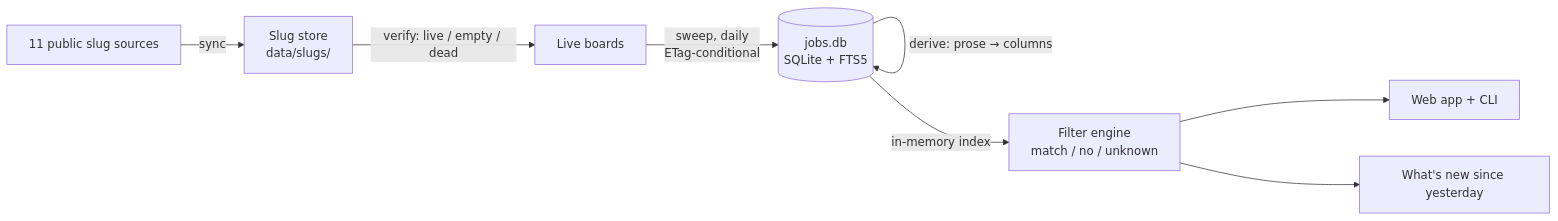
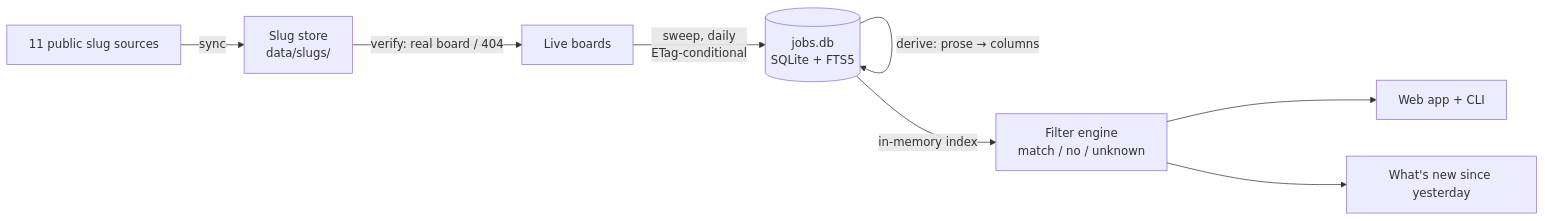
The diagram in README.md (ElliotGbaum/upstreamit), drawn with Mermaid before and after one commit. The commit also changed other lines of this file and 9 other files, not shown here.

````diff
--- a/README.md
+++ b/README.md
@@ -45,10 +45,10 @@
 ```mermaid
 flowchart LR
   A[11 public slug sources] -->|sync| B[Slug store<br/>data/slugs/]
-  B -->|verify: live / empty / dead| C[Live boards]
+  B -->|verify: real board / 404| C[Live boards]
   C -->|sweep, daily<br/>ETag-conditional| D[(jobs.db<br/>SQLite + FTS5)]
   D -->|derive: prose → columns| D
   D -->|in-memory index| E[Filter engine<br/>match / no / unknown]
   E --> F[Web app + CLI]
   E --> G["What's new since yesterday"]
 ```
````
